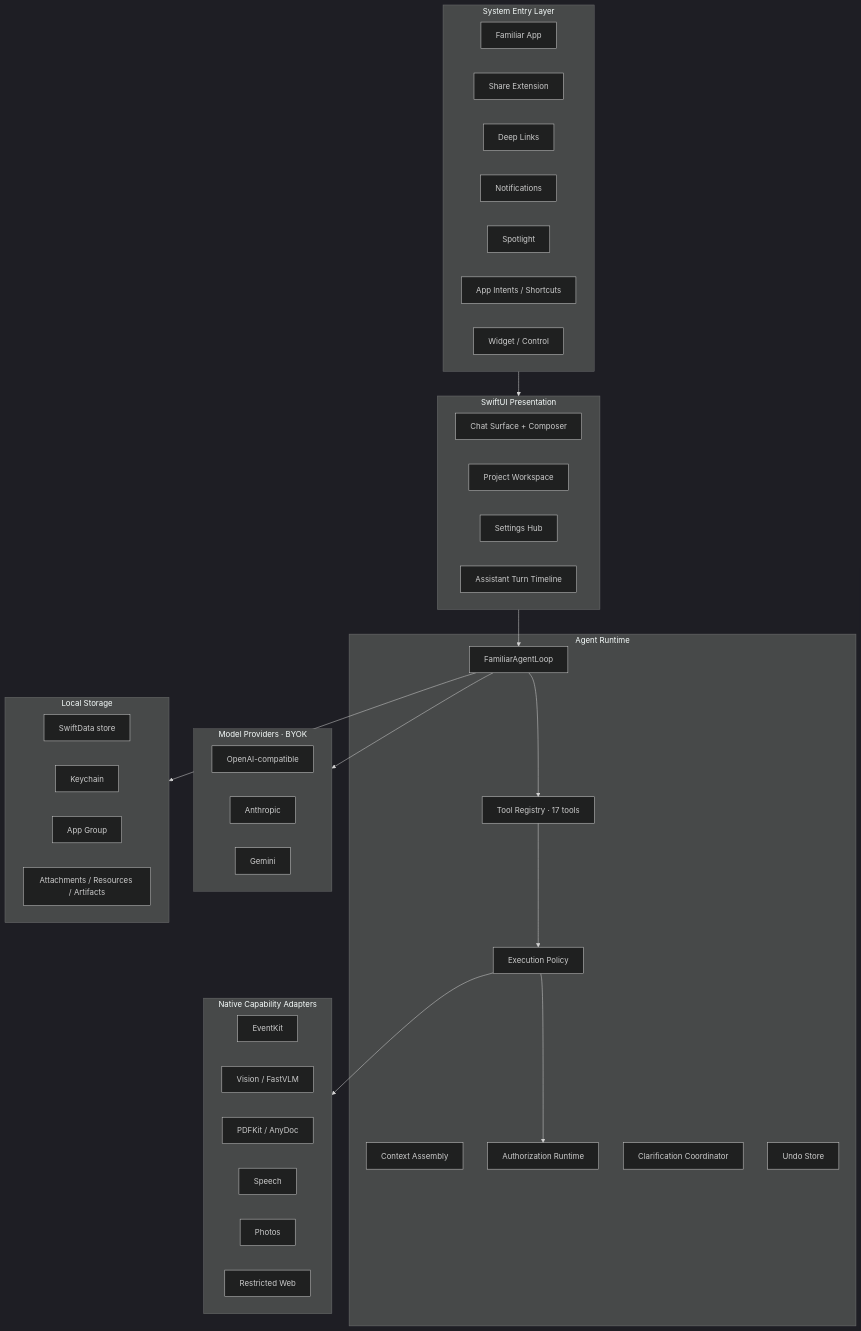
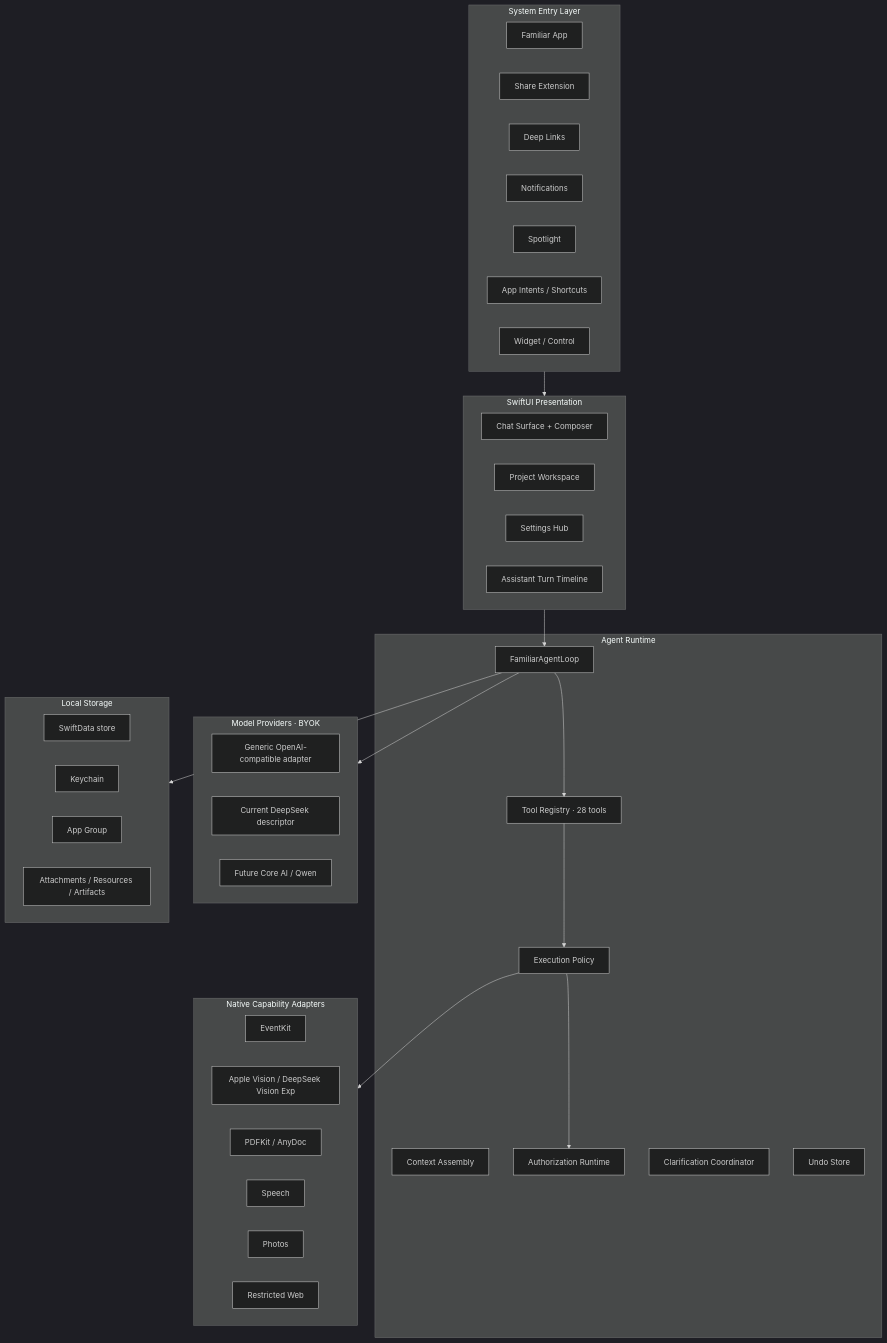
The first of 2 diagrams in README.md (IsaacHuo/Familiar), drawn with Mermaid (dark theme) before and after one commit. The commit also changed other lines of this file and 68 other files, not shown here.

Commit message:
feat: converge DeepSeek release path and native runtime

````diff
--- a/README.md
+++ b/README.md
@@ -82,65 +82,65 @@
 ```mermaid
 flowchart TB
     subgraph Entry["System Entry Layer"]
         direction LR
         App[Familiar App]
         Share[Share Extension]
         Links[Deep Links]
         Notify[Notifications]
         Spotlight[Spotlight]
         Intents[App Intents / Shortcuts]
         Widget[Widget / Control]
     end
 
     subgraph UI["SwiftUI Presentation"]
         direction LR
         Chat[Chat Surface + Composer]
         Projects[Project Workspace]
         Settings[Settings Hub]
         Timeline[Assistant Turn Timeline]
     end
 
     subgraph Runtime["Agent Runtime"]
         Loop[FamiliarAgentLoop]
         Assembly[Context Assembly]
-        Registry[Tool Registry · 17 tools]
+        Registry[Tool Registry · 28 tools]
         Policy[Execution Policy]
         Auth[Authorization Runtime]
         Clarify[Clarification Coordinator]
         Undo[Undo Store]
     end
 
     subgraph Models["Model Providers · BYOK"]
         direction LR
-        OpenAI[OpenAI-compatible]
-        Anthropic[Anthropic]
-        Gemini[Gemini]
+        Provider[Generic OpenAI-compatible adapter]
+        DeepSeek[Current DeepSeek descriptor]
+        CoreAI[Future Core AI / Qwen]
     end
 
     subgraph Native["Native Capability Adapters"]
         direction LR
         EventKit[EventKit]
-        Vision[Vision / FastVLM]
+        Vision[Apple Vision / DeepSeek Vision Exp]
         Docs[PDFKit / AnyDoc]
         Speech[Speech]
         Photos[Photos]
         Web[Restricted Web]
     end
 
     subgraph Store["Local Storage"]
         direction LR
         SwiftData[SwiftData store]
         Keychain[Keychain]
         Group[App Group]
         Files[Attachments / Resources / Artifacts]
     end
 
     Entry --> UI
     UI --> Loop
     Loop --> Models
     Loop --> Registry
     Registry --> Policy
     Policy --> Auth
     Policy --> Native
     Loop --> Store
 ```
````
